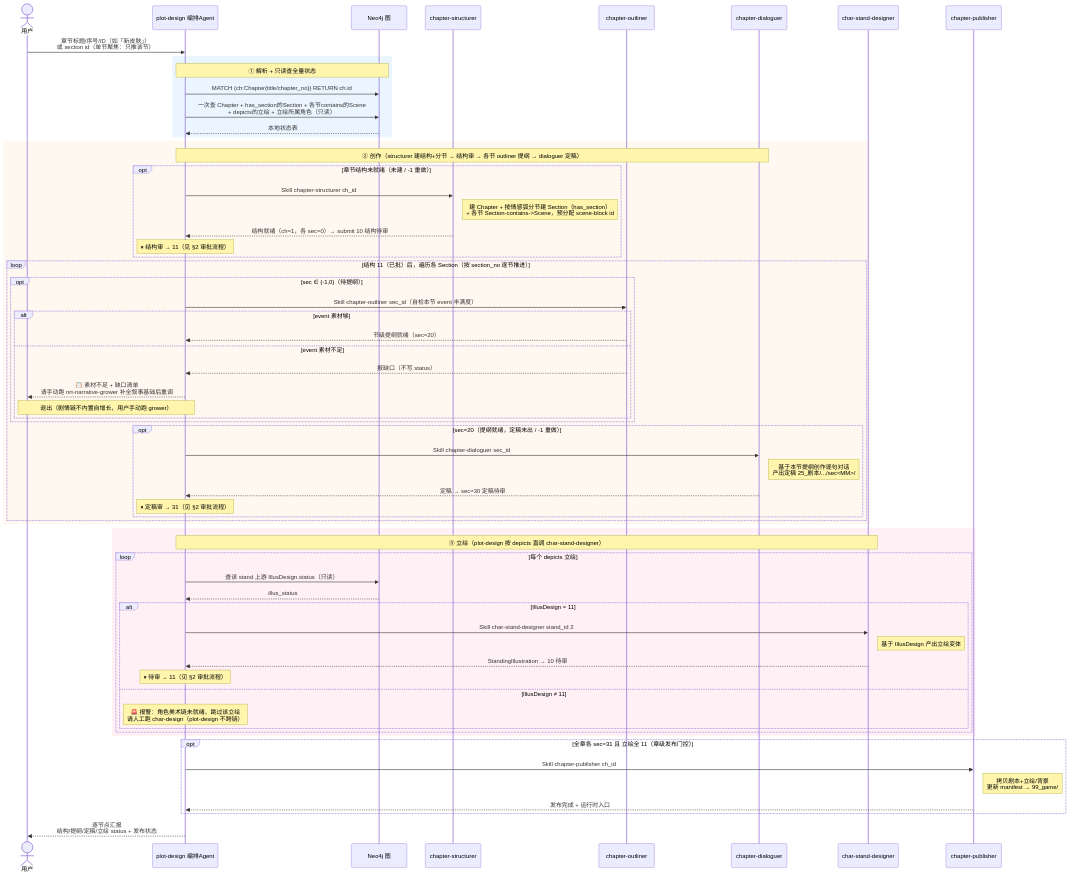
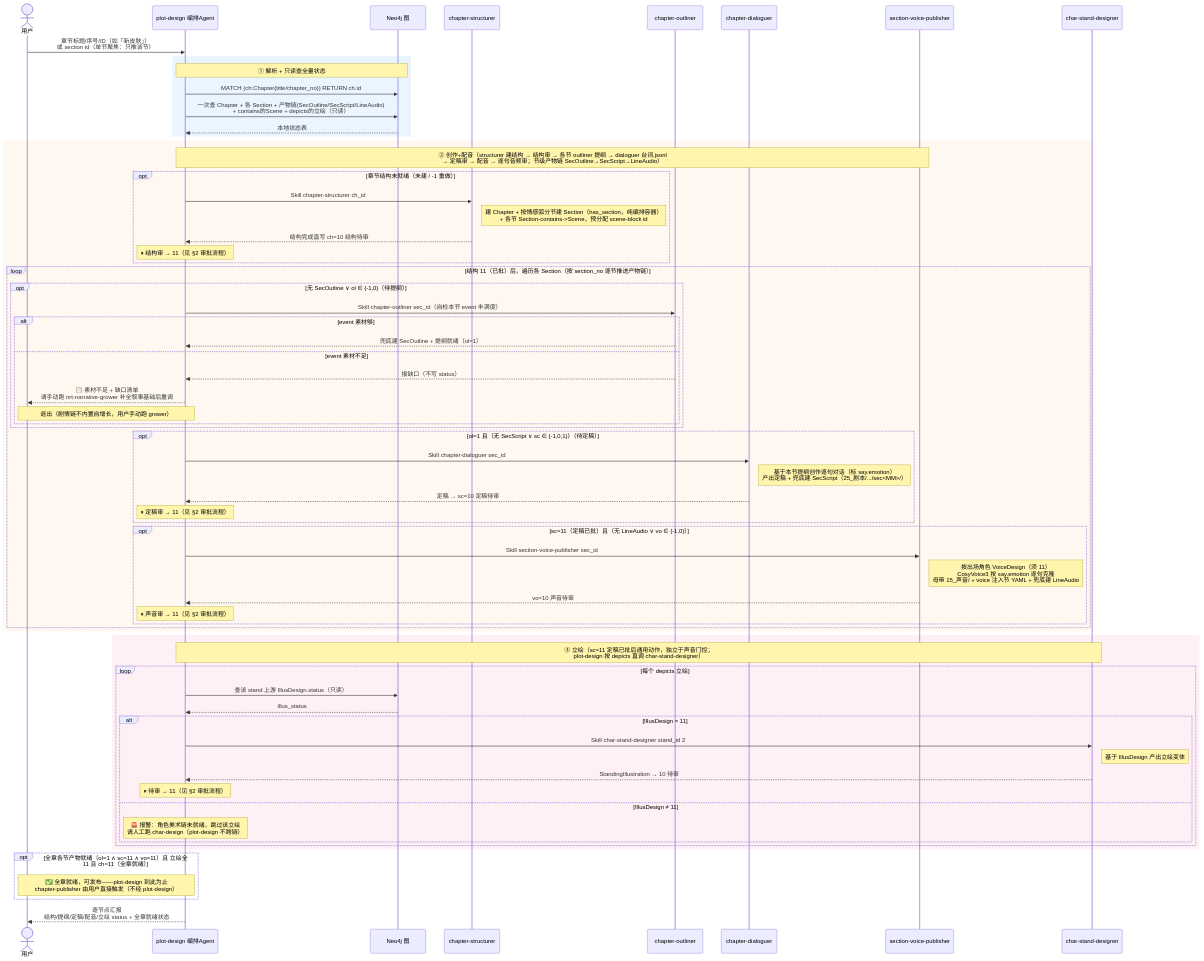
The fourth of 4 diagrams in README.md (CrazyJinn/OtheredGlass), drawn with Mermaid before and after one commit. The commit also changed other lines of this file and 100 other files, not shown here.

````diff
--- a/README.md
+++ b/README.md
@@ -240,72 +247,76 @@
 ```mermaid
 sequenceDiagram
     actor U as 用户
     participant A as plot-design 编排Agent
     participant DB as Neo4j 图
     participant ST as chapter-structurer
     participant OL as chapter-outliner
     participant DG as chapter-dialoguer
+    participant SV as section-voice-publisher
     participant Stand as char-stand-designer
-    participant Pub as chapter-publisher
 
     U->>A: 章节标题/序号/ID（如「新皮肤」）<br/>或 section id（单节聚焦：只推该节）
 
     rect rgb(235, 245, 255)
     Note over A,DB: ① 解析 + 只读查全量状态
     A->>DB: MATCH (ch:Chapter{title/chapter_no}) RETURN ch.id
-    A->>DB: 一次查 Chapter + has_section的Section + 各节contains的Scene<br/>+ depicts的立绘 + 立绘所属角色（只读）
+    A->>DB: 一次查 Chapter + 各 Section + 产物链(SecOutline/SecScript/LineAudio)<br/>+ contains的Scene + depicts的立绘（只读）
     DB-->>A: 本地状态表
     end
 
     rect rgb(255, 248, 240)
-    Note over A,DG: ② 创作（structurer 建结构+分节 → 结构审 → 各节 outliner 提纲 → dialoguer 定稿）
+    Note over A,SV: ② 创作+配音（structurer 建结构 → 结构审 → 各节 outliner 提纲 → dialoguer 台词.jsonl<br/>→ 定稿审 → 配音 → 逐句音频审；节级产物链 SecOutline→SecScript→LineAudio）
     opt 章节结构未就绪（未建 / -1 重做）
         A->>ST: Skill chapter-structurer ch_id
-        Note right of ST: 建 Chapter + 按情感弧分节建 Section（has_section）<br/>+ 各节 Section-contains->Scene，预分配 scene-block id
-        ST-->>A: 结构就绪（ch=1，各 sec=0）→ submit 10 结构待审
+        Note right of ST: 建 Chapter + 按情感弧分节建 Section（has_section，纯编排容器）<br/>+ 各节 Section-contains->Scene，预分配 scene-block id
+        ST-->>A: 结构完成直写 ch=10 结构待审
         Note over A: ⏸ 结构审 → 11（见 §2 审批流程）
     end
-    loop 结构 11（已批）后，遍历各 Section（按 section_no 逐节推进）
-        opt sec ∈ {-1,0}（待提纲）
+    loop 结构 11（已批）后，遍历各 Section（按 section_no 逐节推进产物链）
+        opt 无 SecOutline ∨ ol ∈ {-1,0}（待提纲）
             A->>OL: Skill chapter-outliner sec_id（自检本节 event 丰满度）
             alt event 素材够
-                OL-->>A: 节级提纲就绪（sec=20）
+                OL-->>A: 兜底建 SecOutline + 提纲就绪（ol=1）
             else event 素材不足
                 OL-->>A: 报缺口（不写 status）
                 A-->>U: 📋 素材不足 + 缺口清单<br/>请手动跑 nrt-narrative-grower 补全叙事基础后重调
                 Note over A,U: 退出（剧情链不内置自增长，用户手动跑 grower）
             end
         end
-        opt sec=20（提纲就绪，定稿未出 / -1 重做）
+        opt ol=1 且（无 SecScript ∨ sc ∈ {-1,0,1}）（待定稿）
             A->>DG: Skill chapter-dialoguer sec_id
-            Note right of DG: 基于本节提纲创作逐句对话<br/>产出定稿 25_剧本/.../sec<MM>/
-            DG-->>A: 定稿 → sec=30 定稿待审
-            Note over A: ⏸ 定稿审 → 31（见 §2 审批流程）
+            Note right of DG: 基于本节提纲创作逐句对话（标 say.emotion）<br/>产出定稿 + 兜底建 SecScript（25_剧本/.../sec<MM>/）
+            DG-->>A: 定稿 → sc=10 定稿待审
+            Note over A: ⏸ 定稿审 → 11（见 §2 审批流程）
+        end
+        opt sc=11（定稿已批）且（无 LineAudio ∨ vo ∈ {-1,0}）
+            A->>SV: Skill section-voice-publisher sec_id
+            Note right of SV: 按出场角色 VoiceDesign（须 11）<br/>CosyVoice3 按 say.emotion 逐句克隆<br/>母带 15_声音/ + voice 注入节 YAML + 兜底建 LineAudio
+            SV-->>A: vo=10 声音待审
+            Note over A: ⏸ 声音审 → 11（见 §2 审批流程）
         end
     end
     end
 
     rect rgb(255, 240, 245)
-    Note over A,Stand: ③ 立绘（plot-design 按 depicts 直调 char-stand-designer）
+    Note over A,Stand: ③ 立绘（sc=11 定稿已批后通用动作，独立于声音门控；<br/>plot-design 按 depicts 直调 char-stand-designer）
     loop 每个 depicts 立绘
         A->>DB: 查该 stand 上游 IllusDesign.status（只读）
         DB-->>A: illus_status
         alt IllusDesign = 11
             A->>Stand: Skill char-stand-designer stand_id 2
             Note right of Stand: 基于 IllusDesign 产出立绘变体
             Stand-->>A: StandingIllustration → 10 待审
             Note over A: ⏸ 待审 → 11（见 §2 审批流程）
         else IllusDesign ≠ 11
             Note over A: 🚨 报警：角色美术链未就绪，跳过该立绘<br/>请人工跑 char-design（plot-design 不跨链）
         end
     end
     end
 
-    opt 全章各 sec=31 且 立绘全 11（章级发布门控）
-        A->>Pub: Skill chapter-publisher ch_id
-        Note right of Pub: 拷贝剧本+立绘/背景<br/>更新 manifest → 99_game/
-        Pub-->>A: 发布完成 + 运行时入口
+    opt 全章各节产物就绪（ol=1 ∧ sc=11 ∧ vo=11）且 立绘全 11 且 ch=11（全章就绪）
+        Note over A,U: ✅ 全章就绪，可发布——plot-design 到此为止<br/>chapter-publisher 由用户直接触发（不经 plot-design）
     end
 
-    A-->>U: 逐节点汇报<br/>结构/提纲/定稿/立绘 status + 发布状态
+    A-->>U: 逐节点汇报<br/>结构/提纲/定稿/配音/立绘 status + 全章就绪状态
 ```
````
